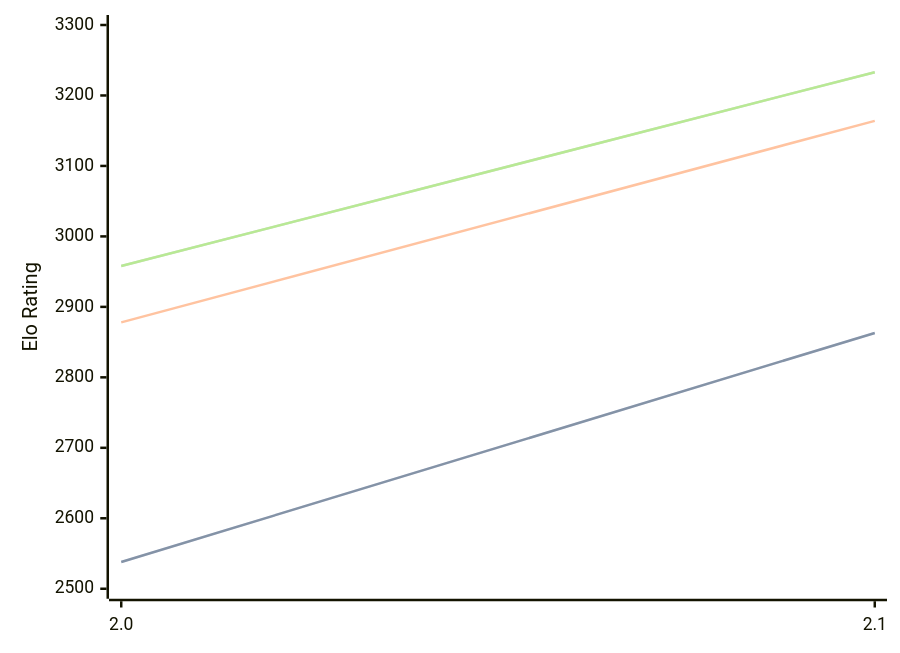
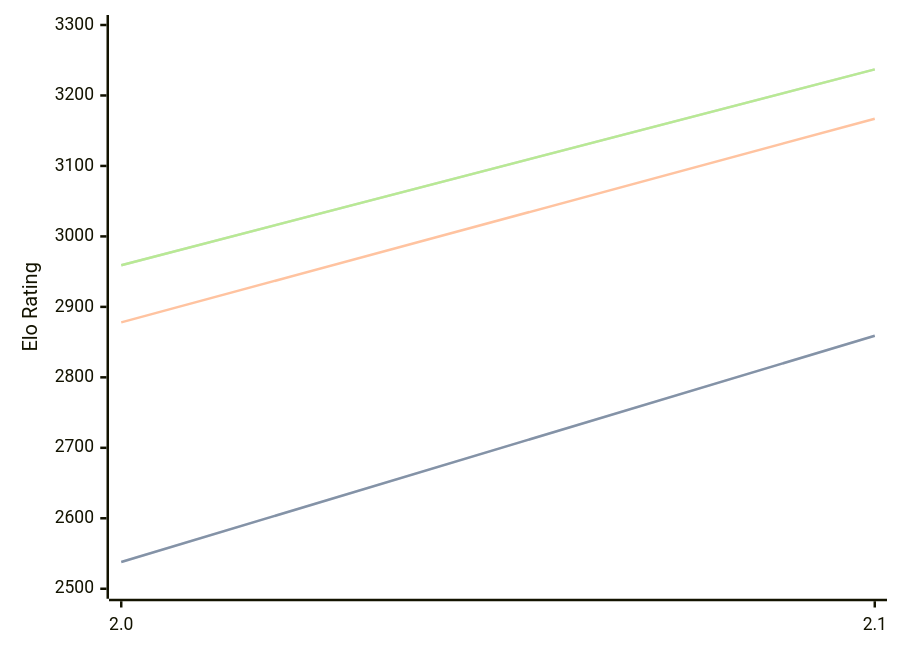
The diagram in engines/Tunguska.md (computer-chess-index/cci), drawn with Mermaid before and after one commit. The commit also changed other lines of this file, not shown here.

Commit message:
Update CCI Ratings (ELO VLTC) - 2026-04-13

````diff
--- a/engines/Tunguska.md
+++ b/engines/Tunguska.md
@@ -32,11 +32,11 @@
 ```mermaid
 %%{init: {"theme":"base","themeVariables":{"seriesColors:['#a3a3a3','#222221','#faa371']}}}%%
 xychart-beta
   x-axis ["2.0", "2.1"]
   y-axis "Elo Rating" 2500 --> 3300
-  line "STC (8.0+0.08s)" [2538, 2863]
-  line "STC (8.0+0.08s)" [2538, 2863]
-  line "LTC (60.0+0.60s)" [2878, 3164]
-  line "VLTC (2m24s+1.12s)" [2958, 3233]
-  line "VLTC (2m24s+1.12s)" [2958, 3233]
+  line "STC (8.0+0.08s)" [2538, 2859]
+  line "STC (8.0+0.08s)" [2538, 2859]
+  line "LTC (60.0+0.60s)" [2878, 3167]
+  line "VLTC (2m24s+1.12s)" [2959, 3237]
+  line "VLTC (2m24s+1.12s)" [2959, 3237]
 ```
````
